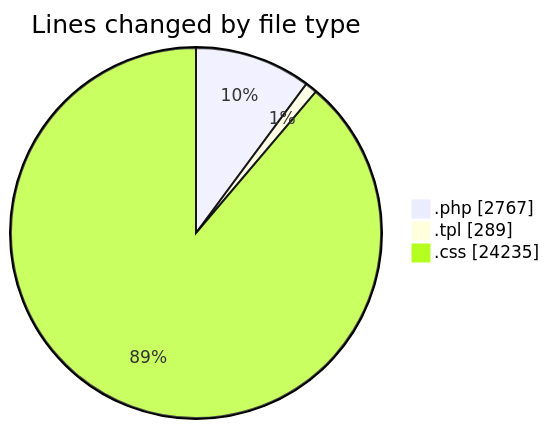
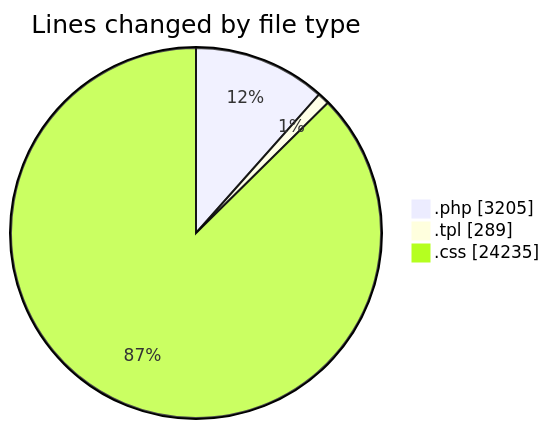
One commit to vahidmafi/code-tracking changed the first of 2 diagrams in 2025-04-18/zeytoon/README.md. Above: the diagram before and after it, drawn with Mermaid. The commit also changed other lines of this file and 1 other file, not shown here.

````diff
--- a/2025-04-18/zeytoon/README.md
+++ b/2025-04-18/zeytoon/README.md
@@ -25,7 +26,7 @@
 ```mermaid
 pie showData
 title Lines changed by file type
-".php" : 2767
+".php" : 3205
 ".tpl" : 289
 ".css" : 24235
 ```
````
